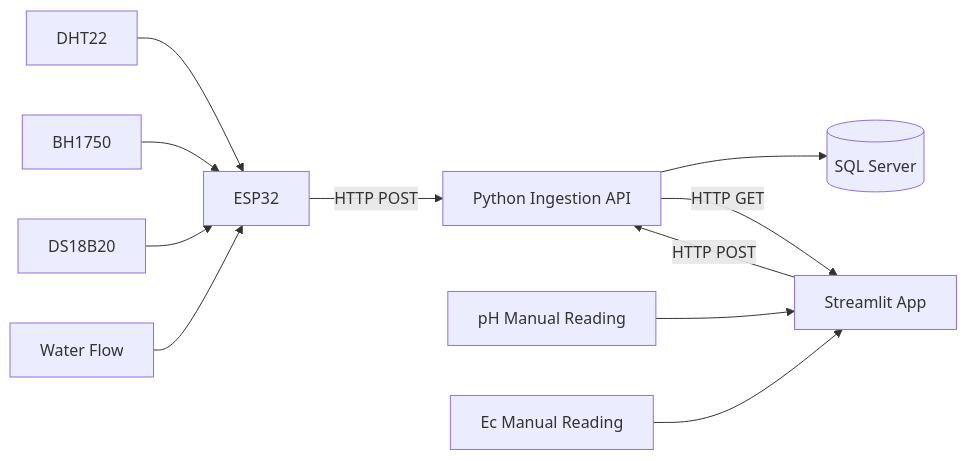
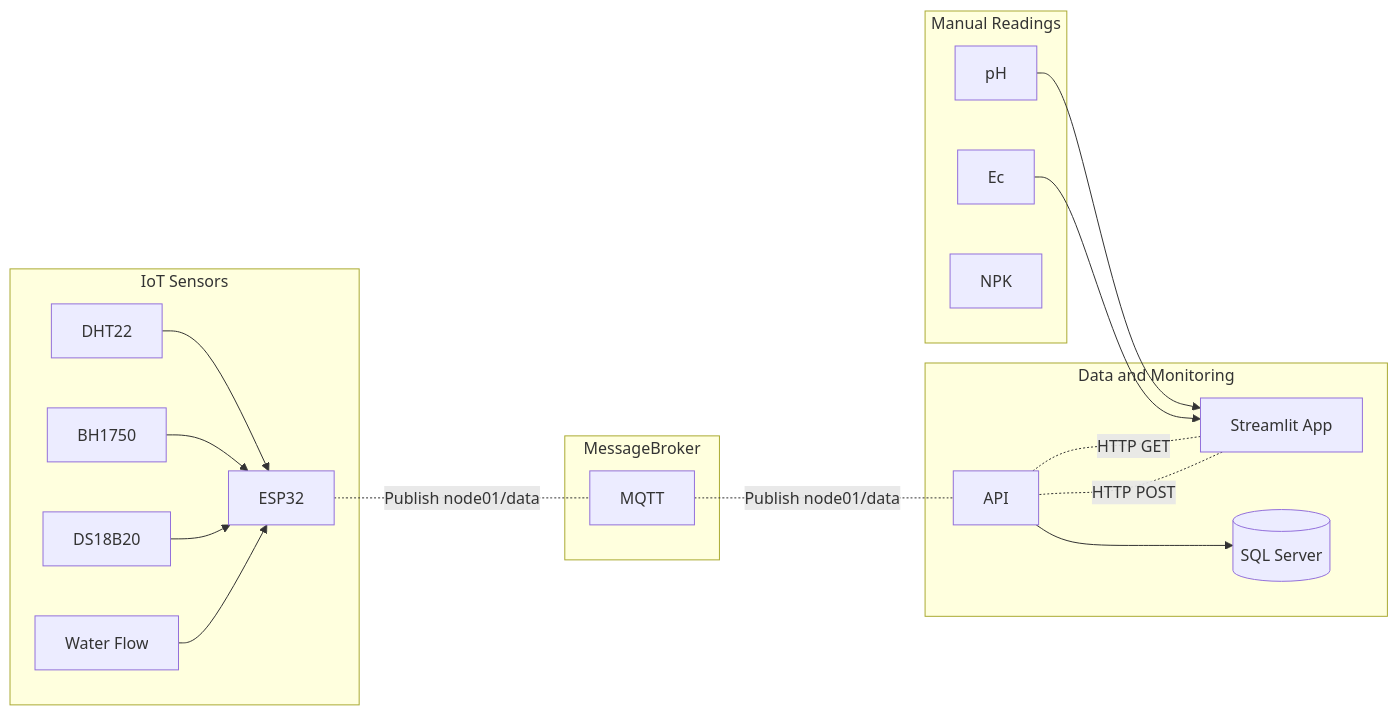
Before and after one commit to eironross/collection-layer: the second of 2 diagrams in README.md, drawn with Mermaid. The commit also changed 1 other file, not shown here.

Commit message:
20260917: revised dataflow graph

````diff
--- a/README.md
+++ b/README.md
@@ -28,23 +28,48 @@
 ```mermaid
+---
+config:
+  theme: default
+  look: classic
+  layout: dagre
+---
 flowchart LR
+subgraph IoT Sensors
+    A[DHT22]
+    B[BH1750]
+    C[DS18B20]
+    D[ESP32]
+    K[Water Flow]
+end
 
-A[DHT22]
-B[BH1750]
-C[DS18B20]
-K[Water Flow]
+subgraph Data and Monitoring
+    E[API]
+    G[Streamlit App]
+    J[(SQL Server)]
+end
 
-A --> D[ESP32]
+subgraph Manual Readings
+    F[pH]
+    H[Ec]
+    M[NPK]
+end
+
+subgraph MessageBroker
+    L[MQTT]
+end
+
+A --> D
 B --> D
 C --> D
 K --> D
 
-D --> |HTTP POST| E[Python Ingestion API]
+D -. Publish node01/data .- L
+L -. Publish node01/data .- E
 
-F[pH Manual Reading] --> G[Streamlit App]
-H[Ec Manual Reading] --> G
+F --> G
+H --> G
 
-G -->  |HTTP POST| E
+G -. HTTP POST .- E
 
-E --> J[(SQL Server)]
-E --> |HTTP GET| G
+E --> J
+E -. HTTP GET.- G
 ```
````
